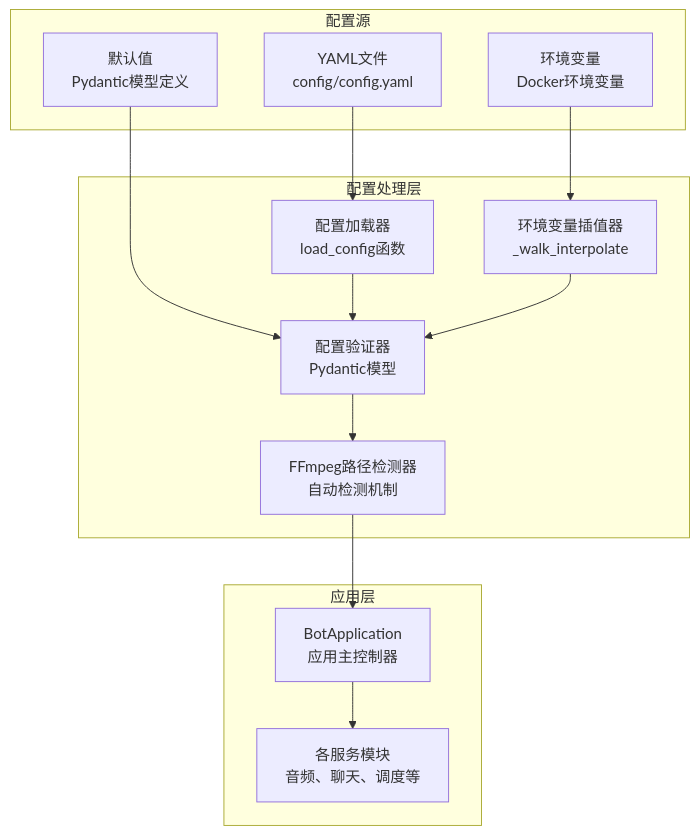
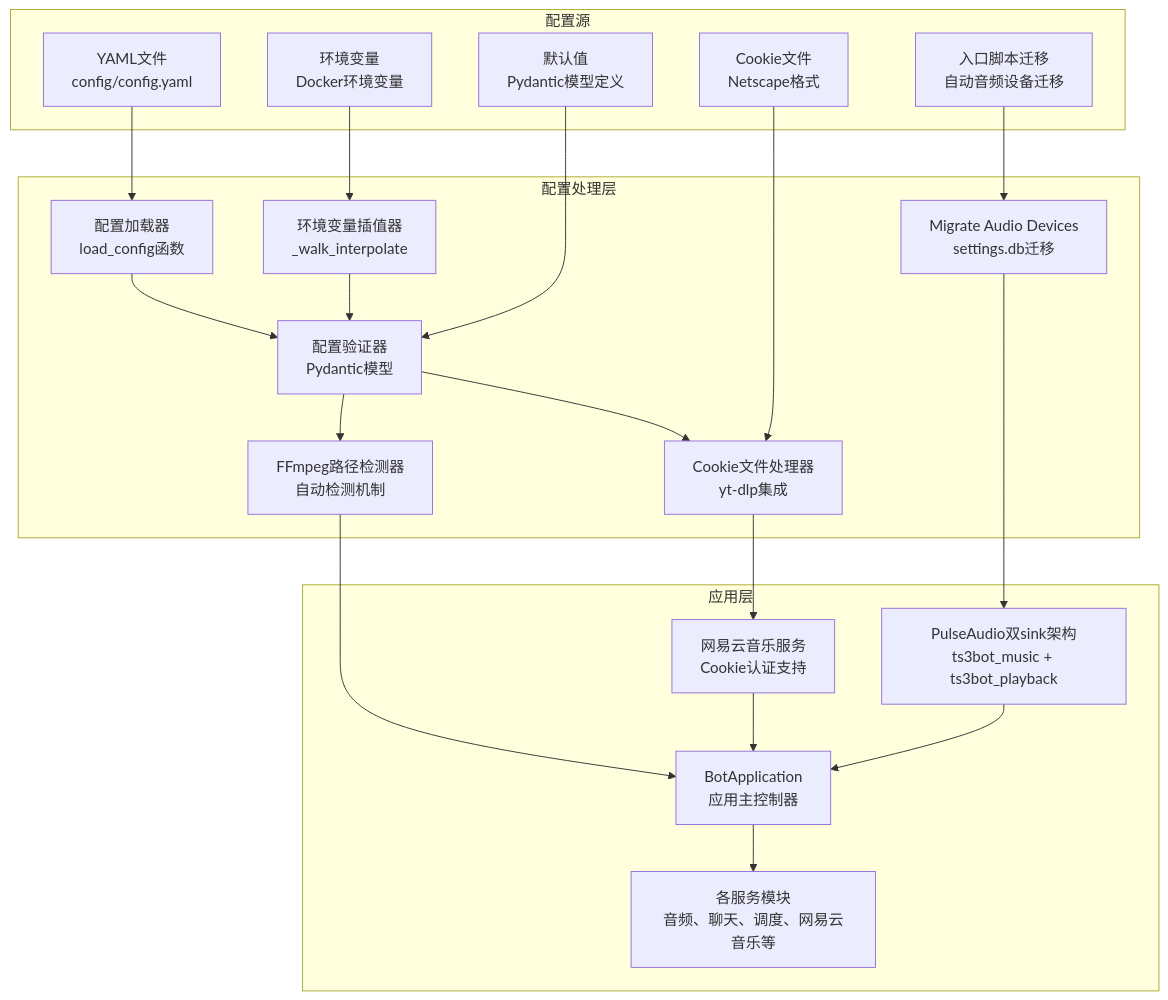
The fourth of 9 diagrams in .qoder/repowiki/zh/content/配置管理.md (GhoulOwl/Teamspeak3_Bot), drawn with Mermaid before and after one commit. The commit also changed other lines of this file and 13 other files, not shown here.

````diff
--- a/.qoder/repowiki/zh/content/配置管理.md
+++ b/.qoder/repowiki/zh/content/配置管理.md
@@ -198,26 +216,39 @@
 ```mermaid
 graph TB
 subgraph "配置源"
 YAML[YAML文件<br/>config/config.yaml]
 ENV[环境变量<br/>Docker环境变量]
 DEFAULT[默认值<br/>Pydantic模型定义]
+COOKIE[Cookie文件<br/>Netscape格式]
+ENDPOINT[入口脚本迁移<br/>自动音频设备迁移]
 end
 subgraph "配置处理层"
 Loader[配置加载器<br/>load_config函数]
 Interpolator[环境变量插值器<br/>_walk_interpolate]
 Validator[配置验证器<br/>Pydantic模型]
 FFmpegDetector[FFmpeg路径检测器<br/>自动检测机制]
+Migration[Migrate Audio Devices<br/>settings.db迁移]
+CookieProcessor[Cookie文件处理器<br/>yt-dlp集成]
 end
 subgraph "应用层"
 App[BotApplication<br/>应用主控制器]
-Services[各服务模块<br/>音频、聊天、调度等]
+Services[各服务模块<br/>音频、聊天、调度、网易云音乐等]
+PulseAudio[PulseAudio双sink架构<br/>ts3bot_music + ts3bot_playback]
+NeteaseService[网易云音乐服务<br/>Cookie认证支持]
 end
 YAML --> Loader
 ENV --> Interpolator
 DEFAULT --> Validator
+COOKIE --> CookieProcessor
+ENDPOINT --> Migration
 Loader --> Validator
 Interpolator --> Validator
 Validator --> FFmpegDetector
+Validator --> CookieProcessor
+Migration --> PulseAudio
+CookieProcessor --> NeteaseService
 FFmpegDetector --> App
+PulseAudio --> App
+NeteaseService --> App
 App --> Services
 ```
````
